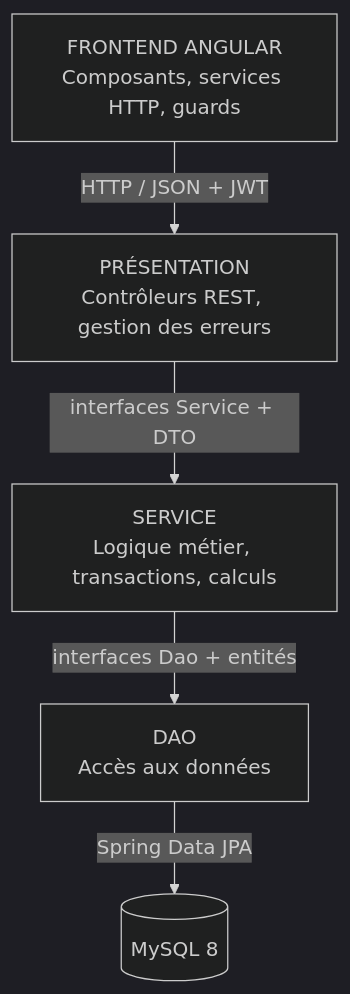
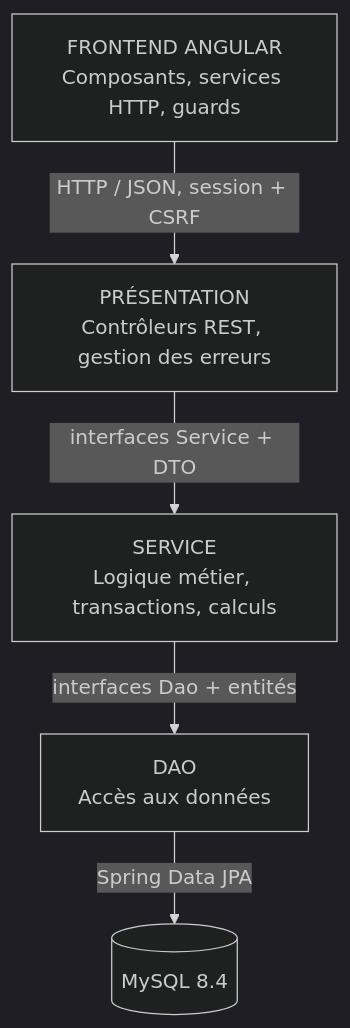
The diagram in README.md (fatimaezzahralag-ship-it/ClientPulse), drawn with Mermaid (dark theme) before and after one commit. The commit also changed other lines of this file and 93 other files, not shown here.

````diff
--- a/README.md
+++ b/README.md
@@ -43,12 +52,12 @@
 ```mermaid
 flowchart TB
     A["FRONTEND ANGULAR<br/>Composants, services HTTP, guards"]
     P["PRÉSENTATION<br/>Contrôleurs REST, gestion des erreurs"]
     S["SERVICE<br/>Logique métier, transactions, calculs"]
     D["DAO<br/>Accès aux données"]
-    DB[("MySQL 8")]
-    A -->|"HTTP / JSON + JWT"| P
+    DB[("MySQL 8.4")]
+    A -->|"HTTP / JSON, session + CSRF"| P
     P -->|"interfaces Service + DTO"| S
     S -->|"interfaces Dao + entités"| D
     D -->|"Spring Data JPA"| DB
 ```
````
